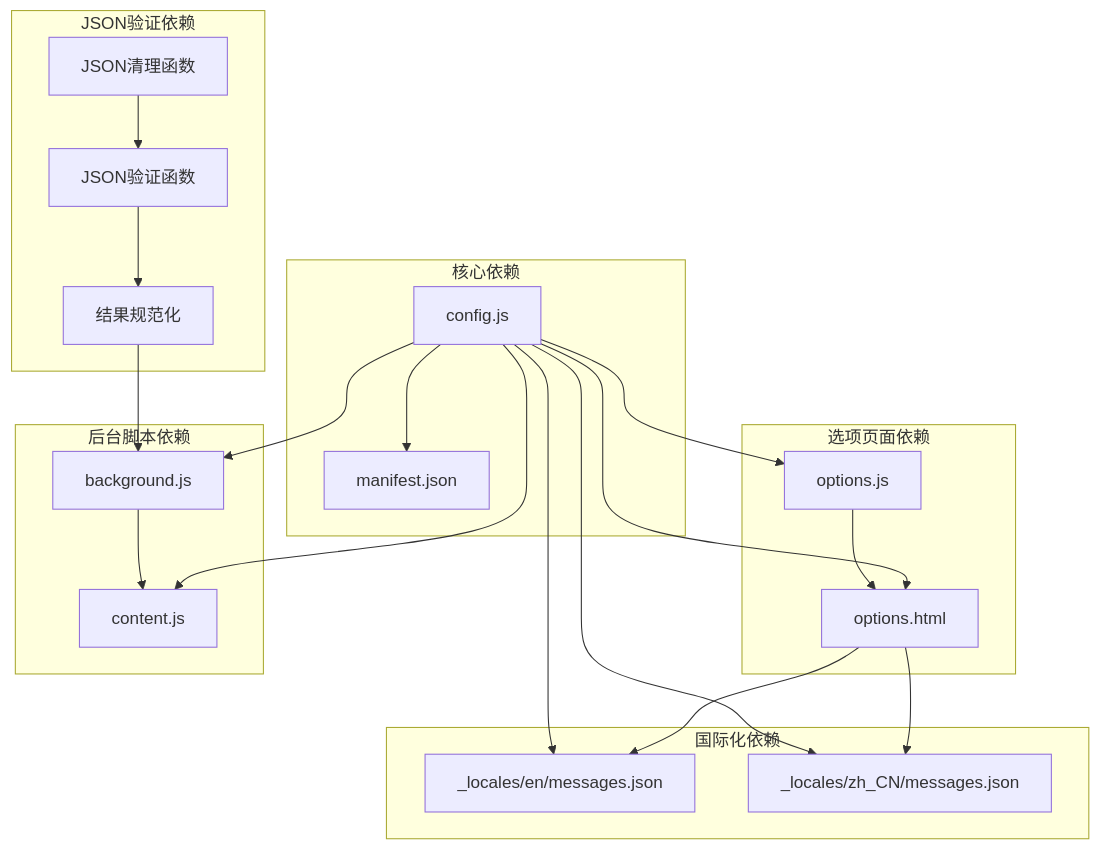
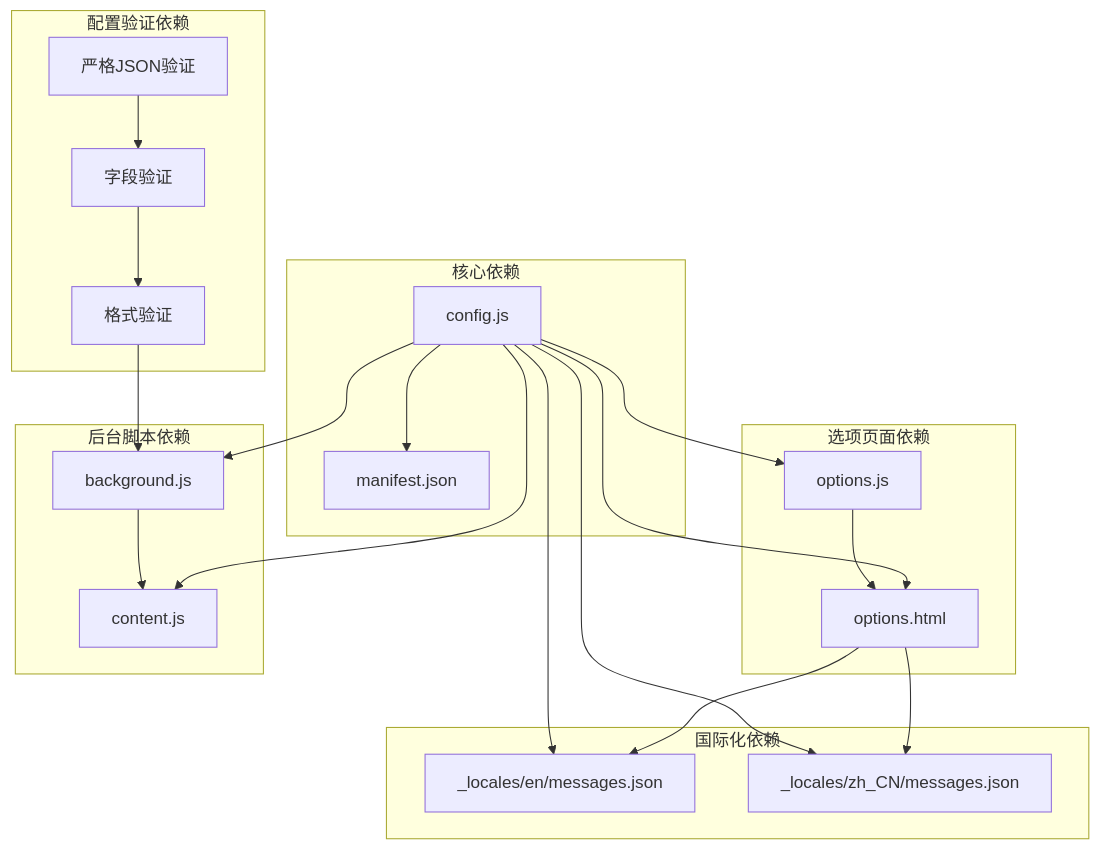
The eighth of 11 diagrams in .qoder/repowiki/zh/content/技术架构/核心模块分析/配置管理模块 (config.js).md (binasi/Img2Prompt), drawn with Mermaid before and after one commit. The commit also changed other lines of this file and 9 other files, not shown here.

````diff
--- a/.qoder/repowiki/zh/content/技术架构/核心模块分析/配置管理模块 (config.js).md
+++ b/.qoder/repowiki/zh/content/技术架构/核心模块分析/配置管理模块 (config.js).md
@@ -534,38 +583,38 @@
 ```mermaid
 graph TB
 subgraph "核心依赖"
 Config[config.js]
 Manifest[manifest.json]
 end
 subgraph "选项页面依赖"
 OptionsJS[options.js]
 OptionsHTML[options.html]
 end
 subgraph "后台脚本依赖"
 BackgroundJS[background.js]
 ContentJS[content.js]
 end
 subgraph "国际化依赖"
 EnMessages[_locales/en/messages.json]
 ZhMessages[_locales/zh_CN/messages.json]
 end
-subgraph "JSON验证依赖"
-SanitizeJSON[JSON清理函数]
-ValidateJSON[JSON验证函数]
-NormalizeResult[结果规范化]
+subgraph "配置验证依赖"
+StrictJSON[严格JSON验证]
+FieldValidation[字段验证]
+FormatValidation[格式验证]
 end
 Config --> OptionsJS
 Config --> BackgroundJS
 Config --> ContentJS
 Config --> OptionsHTML
 Config --> Manifest
 OptionsJS --> OptionsHTML
 BackgroundJS --> ContentJS
 OptionsHTML --> EnMessages
 OptionsHTML --> ZhMessages
 Config --> EnMessages
 Config --> ZhMessages
-SanitizeJSON --> ValidateJSON
-ValidateJSON --> NormalizeResult
-NormalizeResult --> BackgroundJS
+StrictJSON --> FieldValidation
+FieldValidation --> FormatValidation
+FormatValidation --> BackgroundJS
 ```
````
